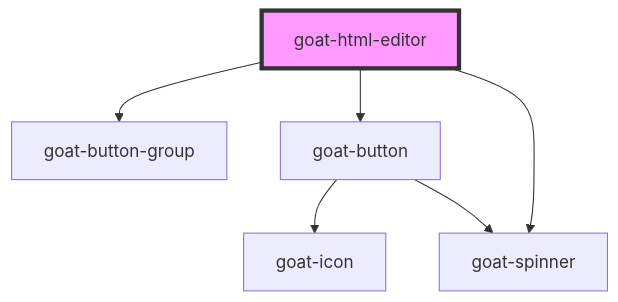
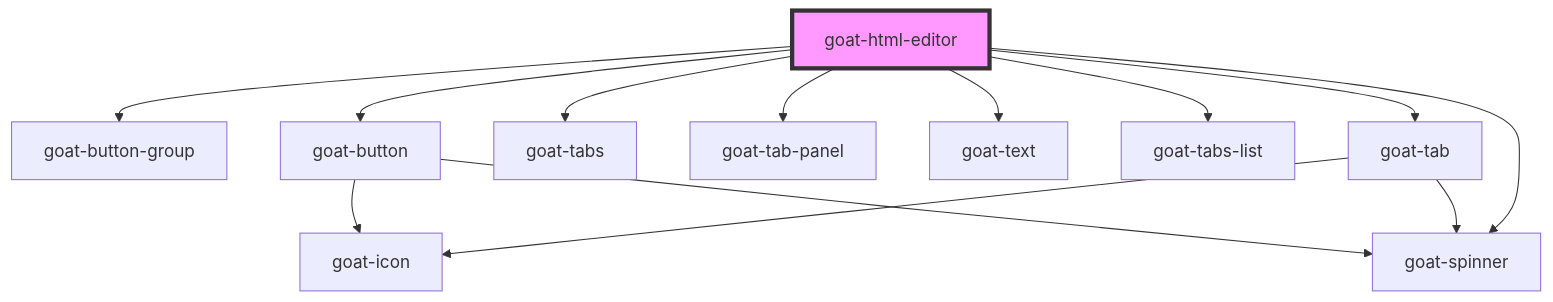
Before and after one commit to goatui/components: the diagram in src/components/data-entry/html-editor/readme.md, drawn with Mermaid. The commit also changed other lines of this file and 19 other files, not shown here.

````diff
--- a/src/components/data-entry/html-editor/readme.md
+++ b/src/components/data-entry/html-editor/readme.md
@@ -73,9 +78,16 @@
 ```mermaid
 graph TD;
   goat-html-editor --> goat-button-group
   goat-html-editor --> goat-button
+  goat-html-editor --> goat-tabs
+  goat-html-editor --> goat-tab-panel
+  goat-html-editor --> goat-text
+  goat-html-editor --> goat-tabs-list
+  goat-html-editor --> goat-tab
   goat-html-editor --> goat-spinner
   goat-button --> goat-icon
   goat-button --> goat-spinner
+  goat-tab --> goat-icon
+  goat-tab --> goat-spinner
   style goat-html-editor fill:#f9f,stroke:#333,stroke-width:4px
 ```
````
